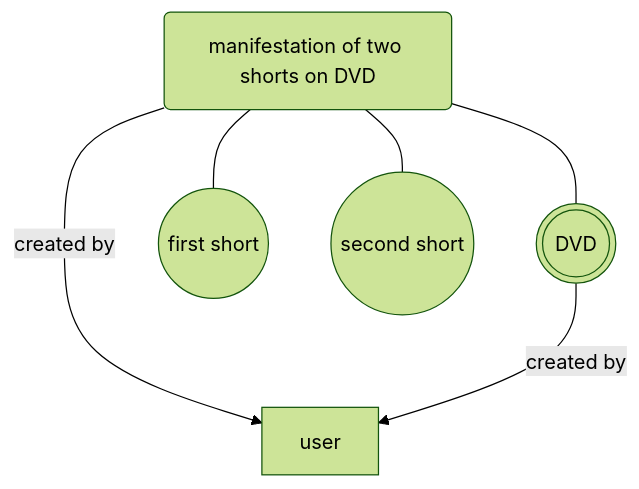
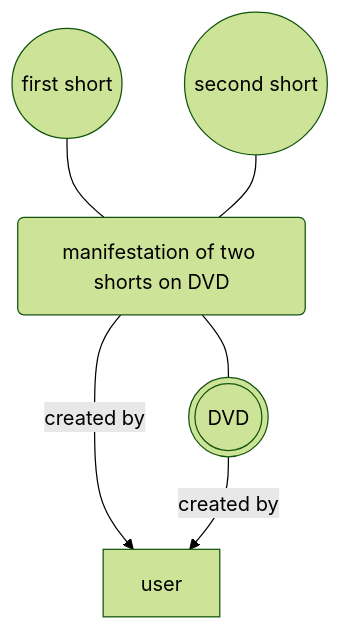
Before and after one commit to AV-EFI/av-efi-schema: the second of 2 diagrams in README.md, drawn with Mermaid (forest theme). The commit also changed other lines of this file, not shown here.

````diff
--- a/README.md
+++ b/README.md
@@ -45,13 +45,13 @@
 ```mermaid
 flowchart TD
+w1((first short))
+w2((second short))
+w1---m
+w2---m
 m(manifestation of two shorts on DVD)
 mi(((DVD)))
 u[user]
-w1((first short))
-w2((second short))
 m-->|created by|u
 mi-->|created by|u
 m---mi
-m---w1
-m---w2
 ```
````
